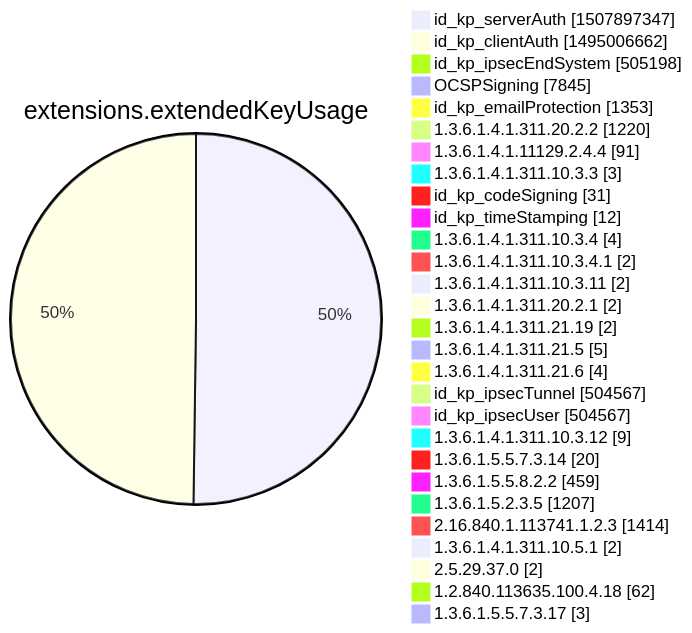
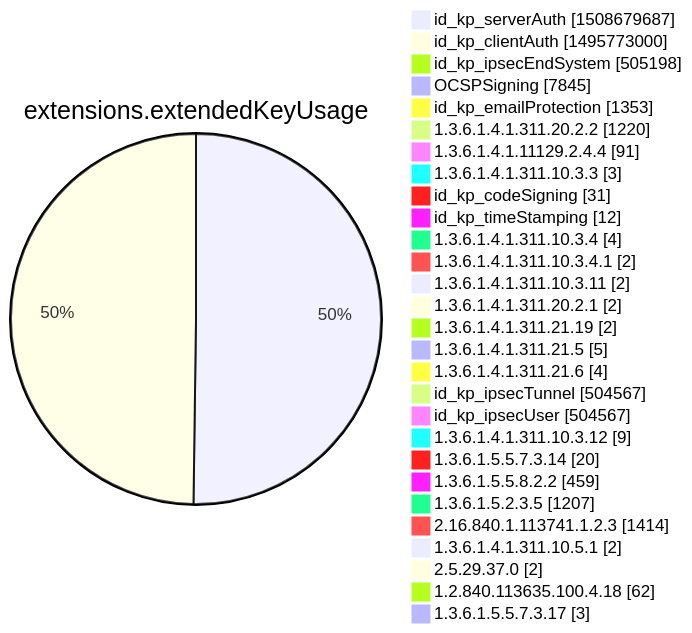
Before and after one commit to christiankrug/ctmonitor_visualization: diagram 12 of 15 in xenon2022/README.md, drawn with Mermaid. The commit also changed other lines of this file, not shown here.

````diff
--- a/xenon2022/README.md
+++ b/xenon2022/README.md
@@ -3876,32 +3876,32 @@
 ```mermaid
 pie showData
 title extensions.extendedKeyUsage
-"id_kp_serverAuth" :1507897347
-"id_kp_clientAuth" :1495006662
+"id_kp_serverAuth" :1508679687
+"id_kp_clientAuth" :1495773000
 "id_kp_ipsecEndSystem" :505198
 "OCSPSigning" :7845
 "id_kp_emailProtection" :1353
 "1.3.6.1.4.1.311.20.2.2" :1220
 "1.3.6.1.4.1.11129.2.4.4" :91
 "1.3.6.1.4.1.311.10.3.3" :3
 "id_kp_codeSigning" :31
 "id_kp_timeStamping" :12
 "1.3.6.1.4.1.311.10.3.4" :4
 "1.3.6.1.4.1.311.10.3.4.1" :2
 "1.3.6.1.4.1.311.10.3.11" :2
 "1.3.6.1.4.1.311.20.2.1" :2
 "1.3.6.1.4.1.311.21.19" :2
 "1.3.6.1.4.1.311.21.5" :5
 "1.3.6.1.4.1.311.21.6" :4
 "id_kp_ipsecTunnel" :504567
 "id_kp_ipsecUser" :504567
 "1.3.6.1.4.1.311.10.3.12" :9
 "1.3.6.1.5.5.7.3.14" :20
 "1.3.6.1.5.5.8.2.2" :459
 "1.3.6.1.5.2.3.5" :1207
 "2.16.840.1.113741.1.2.3" :1414
 "1.3.6.1.4.1.311.10.5.1" :2
 "2.5.29.37.0" :2
 "1.2.840.113635.100.4.18" :62
 "1.3.6.1.5.5.7.3.17" :3
 ```
````
